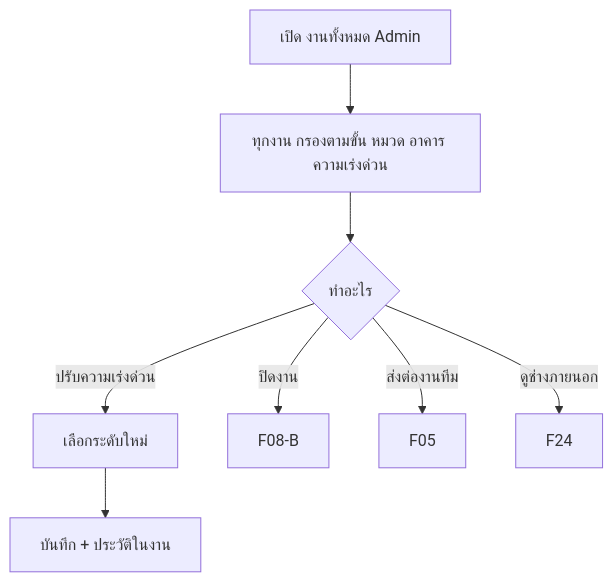
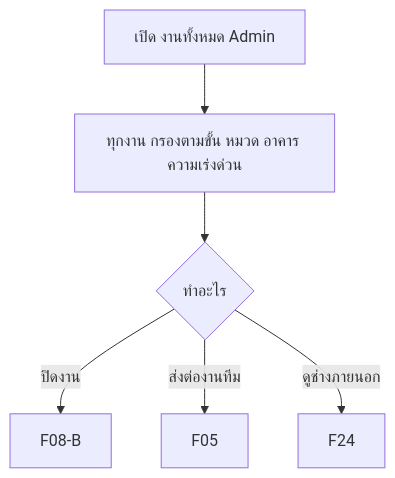
Diagram 12 of 14 in docs/modules/repair/02-flows.md (pithawat/BAMBAM), drawn with Mermaid before and after one commit. The commit also changed other lines of this file and 104 other files, not shown here.

````diff
--- a/docs/modules/repair/02-flows.md
+++ b/docs/modules/repair/02-flows.md
@@ -376,9 +377,8 @@
 ```mermaid
 flowchart TD
   A[เปิด งานทั้งหมด Admin] --> B[ทุกงาน กรองตามขั้น หมวด อาคาร ความเร่งด่วน]
   B --> C{ทำอะไร}
-  C -- ปรับความเร่งด่วน --> F[เลือกระดับใหม่] --> G[บันทึก + ประวัติในงาน]
   C -- ปิดงาน --> H[F08-B]
   C -- ส่งต่องานทีม --> I[F05]
   C -- ดูช่างภายนอก --> J[F24]
 ```
````
